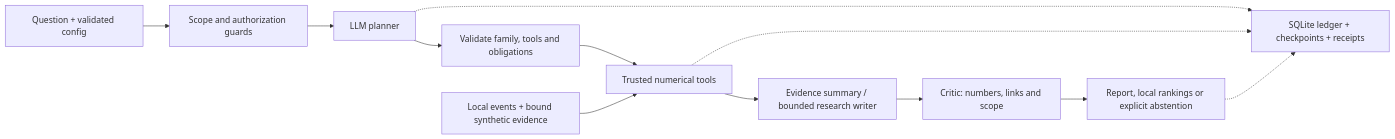
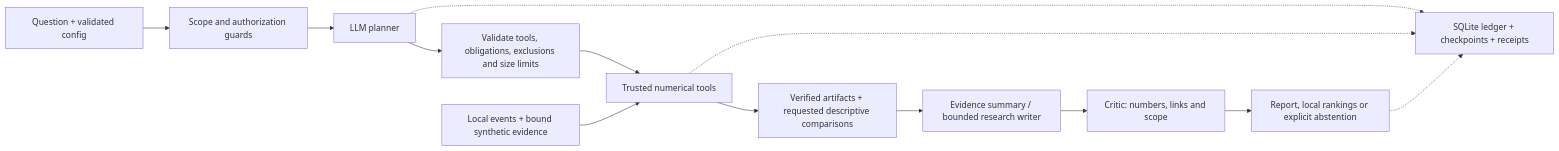
Before and after one commit to pranjalrmcf/Blackgrid: the diagram in README.md, drawn with Mermaid. The commit also changed other lines of this file and 55 other files, not shown here.

````diff
--- a/README.md
+++ b/README.md
@@ -9,14 +9,15 @@
 ```mermaid
 flowchart LR
     Q["Question + validated config"] --> G["Scope and authorization guards"]
     G --> P["LLM planner"]
-    P --> V["Validate family, tools and obligations"]
+    P --> V["Validate tools, obligations, exclusions and size limits"]
     V --> T["Trusted numerical tools"]
-    T --> S["Evidence summary / bounded research writer"]
+    T --> A["Verified artifacts + requested descriptive comparisons"]
+    A --> S["Evidence summary / bounded research writer"]
     S --> C["Critic: numbers, links and scope"]
     C --> R["Report, local rankings or explicit abstention"]
     D["Local events + bound synthetic evidence"] --> T
     P -.-> L["SQLite ledger + checkpoints + receipts"]
     T -.-> L
     R -.-> L
 ```
````
